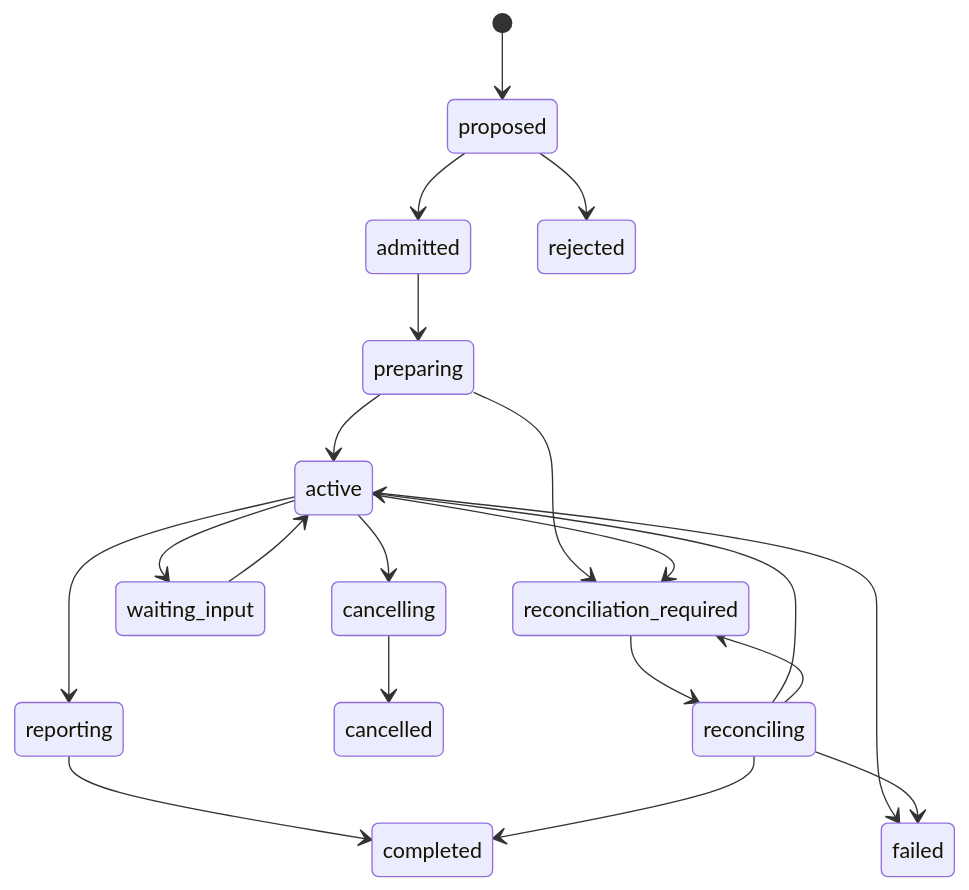
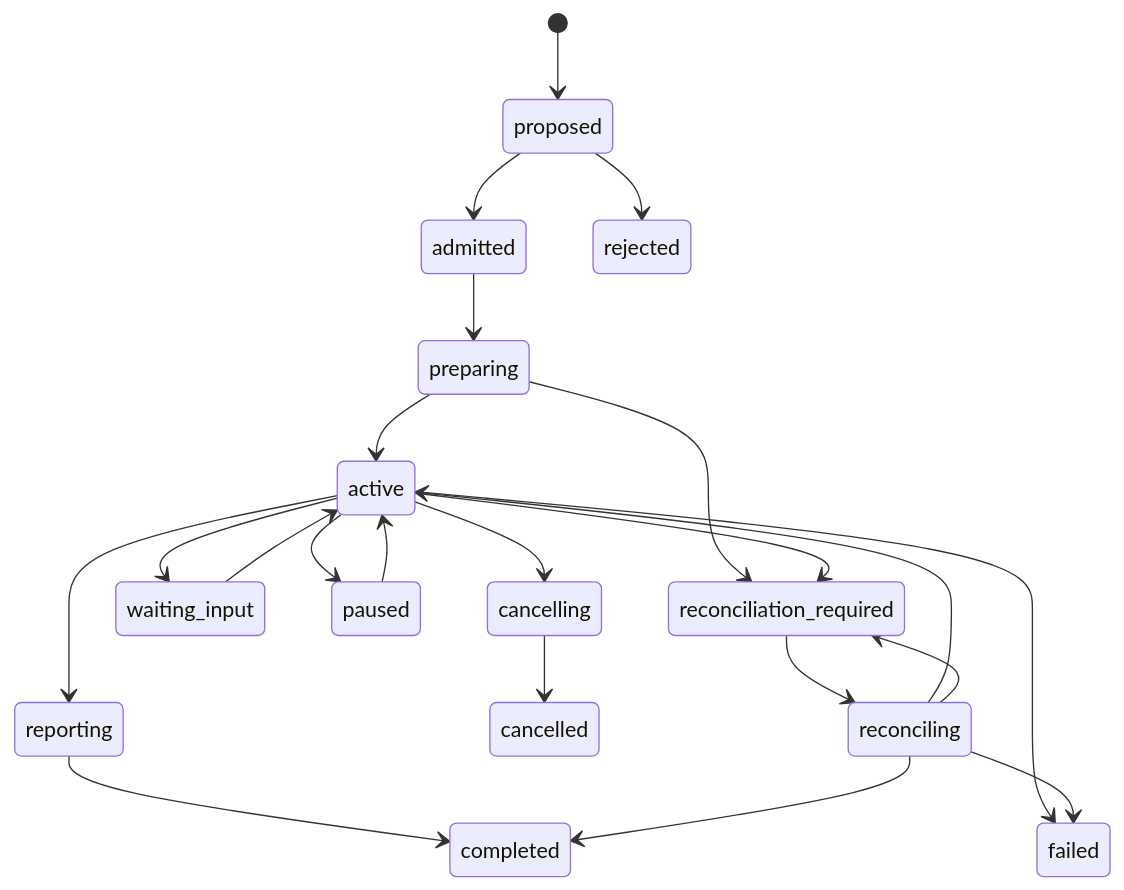
The diagram in multi-agent-v3/docs/delegation-continuation-v3.md (liujianmisaka/AITools), drawn with Mermaid before and after one commit. The commit also changed other lines of this file and 8 other files, not shown here.

````diff
--- a/multi-agent-v3/docs/delegation-continuation-v3.md
+++ b/multi-agent-v3/docs/delegation-continuation-v3.md
@@ -170,22 +181,24 @@
 ```mermaid
 stateDiagram-v2
     [*] --> proposed
     proposed --> admitted
     proposed --> rejected
     admitted --> preparing
     preparing --> active
     preparing --> reconciliation_required
     active --> waiting_input
+    active --> paused
+    paused --> active
     waiting_input --> active
     active --> reporting
     reporting --> completed
     active --> cancelling
     cancelling --> cancelled
     active --> failed
     active --> reconciliation_required
     reconciliation_required --> reconciling
     reconciling --> active
     reconciling --> completed
     reconciling --> failed
     reconciling --> reconciliation_required
 ```
````
